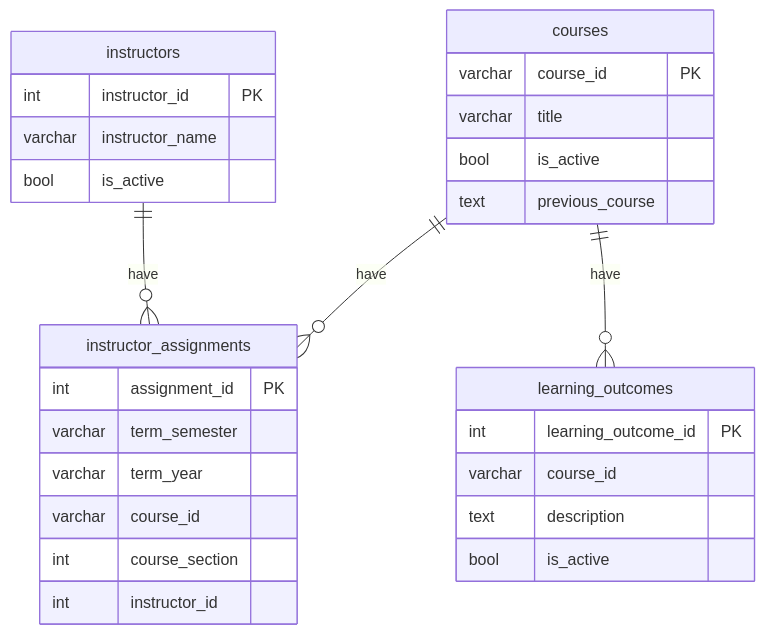
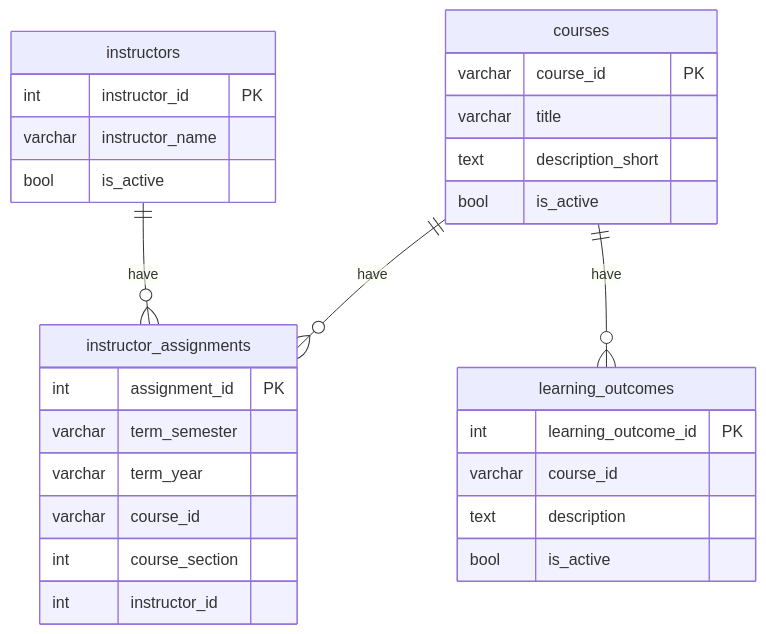
The diagram in .ipynb_checkpoints/Part_1_Design_Questions-checkpoint.md (austin-t-rivera/atr8ec_DS5111su24_lab_02), drawn with Mermaid before and after one commit. The commit also changed 8 other files, not shown here.

Commit message:
Adding clean csv files and fixed mermaid

````diff
--- a/.ipynb_checkpoints/Part_1_Design_Questions-checkpoint.md
+++ b/.ipynb_checkpoints/Part_1_Design_Questions-checkpoint.md
@@ -58,35 +58,35 @@
 ```mermaid
 erDiagram
     learning_outcomes {
         int learning_outcome_id PK
         varchar course_id
         text description
         bool is_active
     }
 
     instructors {
         int instructor_id PK
         varchar instructor_name
         bool is_active
     }
 
     courses {
         varchar course_id PK
         varchar title
+        text description_short
         bool is_active
-        text previous_course
     }
 
     instructor_assignments {
         int assignment_id PK
         varchar term_semester
         varchar term_year
         varchar course_id
         int course_section
         int instructor_id
     }
 
     courses ||--o{ learning_outcomes : have
     instructors ||--o{ instructor_assignments : have
     courses ||--o{ instructor_assignments : have
 ```
````
